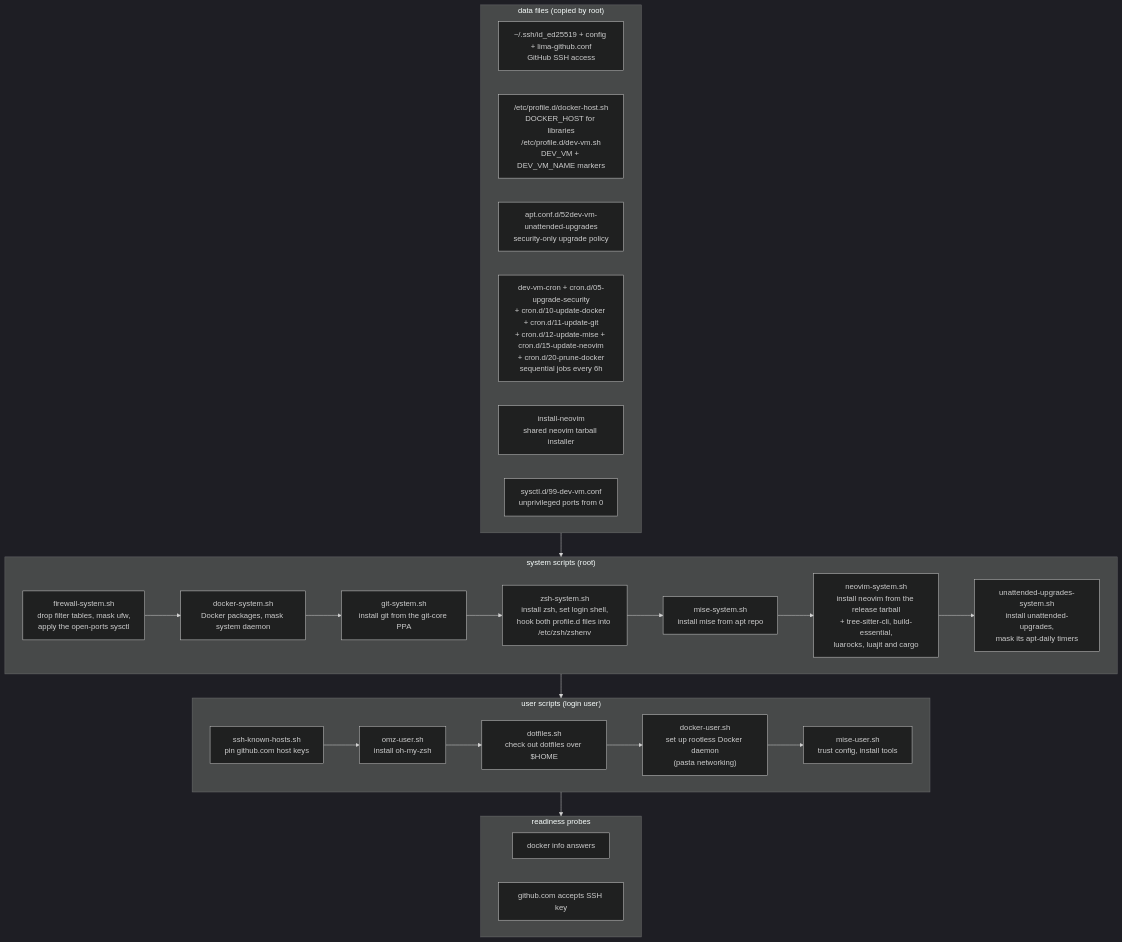
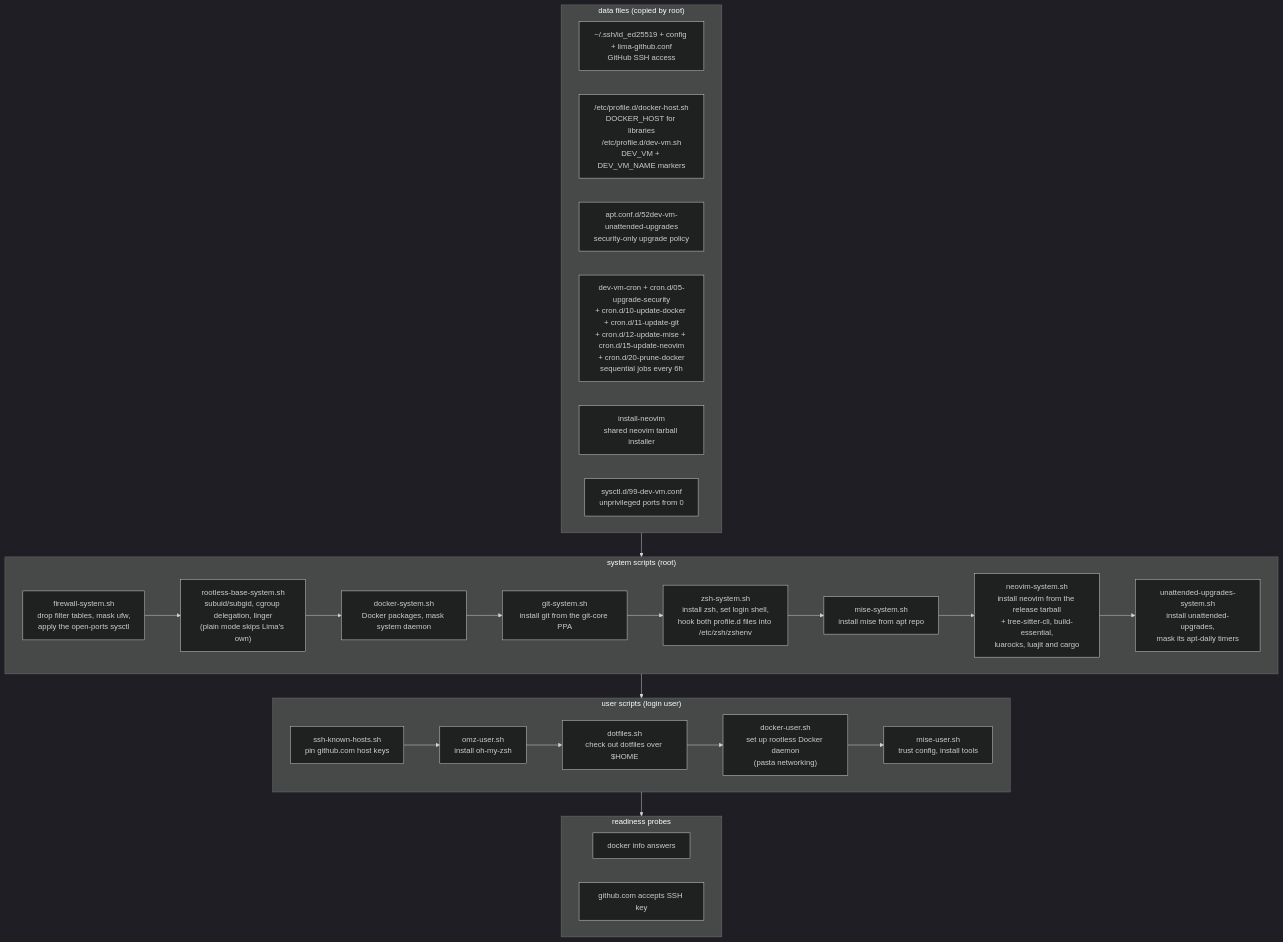
One commit to robsonpeixoto/dev-vm changed the diagram in README.md. Above: the diagram before and after it, drawn with Mermaid (dark theme). The commit also changed other lines of this file and 4 other files, not shown here.

First line of the commit message:
fix: restore rootless docker prerequisites under plain mode

````diff
--- a/README.md
+++ b/README.md
@@ -565,40 +576,41 @@
 ```mermaid
 flowchart TD
     subgraph data["data files (copied by root)"]
         d1["~/.ssh/id_ed25519 + config + lima-github.conf<br>GitHub SSH access"]
         d2["/etc/profile.d/docker-host.sh<br>DOCKER_HOST for libraries<br>/etc/profile.d/dev-vm.sh<br>DEV_VM + DEV_VM_NAME markers"]
         d3["apt.conf.d/52dev-vm-unattended-upgrades<br>security-only upgrade policy"]
         d4["dev-vm-cron + cron.d/05-upgrade-security<br>+ cron.d/10-update-docker + cron.d/11-update-git<br>+ cron.d/12-update-mise + cron.d/15-update-neovim<br>+ cron.d/20-prune-docker<br>sequential jobs every 6h"]
         d5["install-neovim<br>shared neovim tarball installer"]
         d6["sysctl.d/99-dev-vm.conf<br>unprivileged ports from 0"]
     end
 
     subgraph system["system scripts (root)"]
         s0["firewall-system.sh<br>drop filter tables, mask ufw,<br>apply the open-ports sysctl"]
+        s0b["rootless-base-system.sh<br>subuid/subgid, cgroup delegation, linger<br>(plain mode skips Lima's own)"]
         s1["docker-system.sh<br>Docker packages, mask system daemon"]
         s1b["git-system.sh<br>install git from the git-core PPA"]
         s2["zsh-system.sh<br>install zsh, set login shell,<br>hook both profile.d files into /etc/zsh/zshenv"]
         s3["mise-system.sh<br>install mise from apt repo"]
         s4["neovim-system.sh<br>install neovim from the release tarball<br>+ tree-sitter-cli, build-essential,<br>luarocks, luajit and cargo"]
         s5["unattended-upgrades-system.sh<br>install unattended-upgrades,<br>mask its apt-daily timers"]
     end
 
     subgraph user["user scripts (login user)"]
         u1["ssh-known-hosts.sh<br>pin github.com host keys"]
         u2["omz-user.sh<br>install oh-my-zsh"]
         u3["dotfiles.sh<br>check out dotfiles over $HOME"]
         u4["docker-user.sh<br>set up rootless Docker daemon<br>(pasta networking)"]
         u5["mise-user.sh<br>trust config, install tools"]
     end
 
     subgraph probes["readiness probes"]
         p1["docker info answers"]
         p2["github.com accepts SSH key"]
     end
 
     data --> system
-    s0 --> s1 --> s1b --> s2 --> s3 --> s4 --> s5
+    s0 --> s0b --> s1 --> s1b --> s2 --> s3 --> s4 --> s5
     system --> user
     u1 --> u2 --> u3 --> u4 --> u5
     user --> probes
 ```
````
